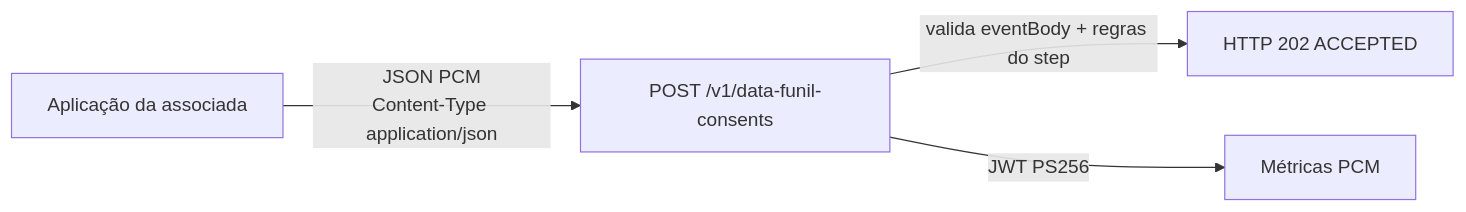
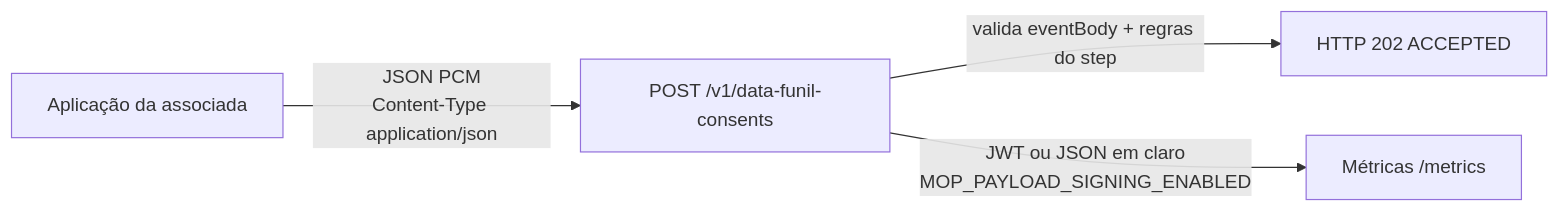
Before and after one commit to br-openinsurance/opin-mop-gateway-pub: the diagram in docs/DOCUMENTACAO.md, drawn with Mermaid. The commit also changed other lines of this file and 18 other files, not shown here.

````diff
--- a/docs/DOCUMENTACAO.md
+++ b/docs/DOCUMENTACAO.md
@@ -45,6 +45,6 @@
 ```mermaid
 flowchart LR
     APP[Aplicação da associada] -->|JSON PCM<br/>Content-Type application/json| GW[POST /v1/data-funil-consents]
     GW -->|valida eventBody + regras do step| ACC[HTTP 202 ACCEPTED]
-    GW -->|JWT PS256| PCM[Métricas PCM]
+    GW -->|JWT ou JSON em claro<br/>MOP_PAYLOAD_SIGNING_ENABLED| PCM[Métricas /metrics]
 ```
````
